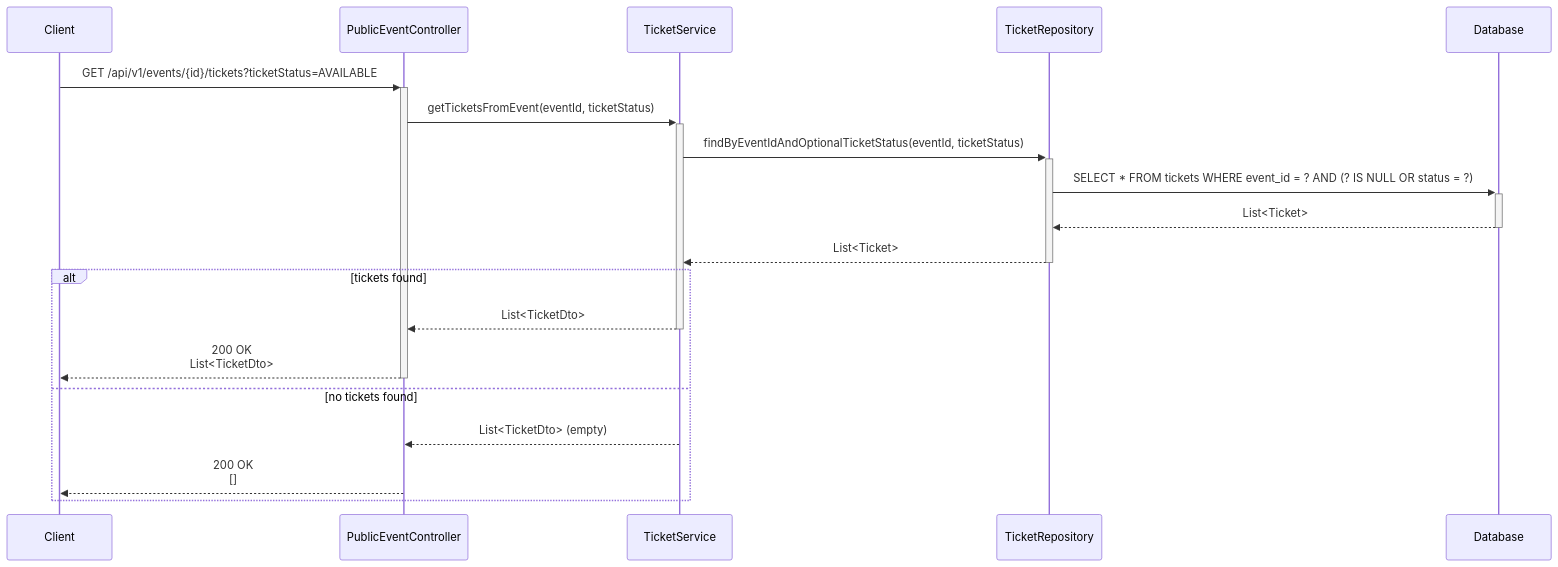
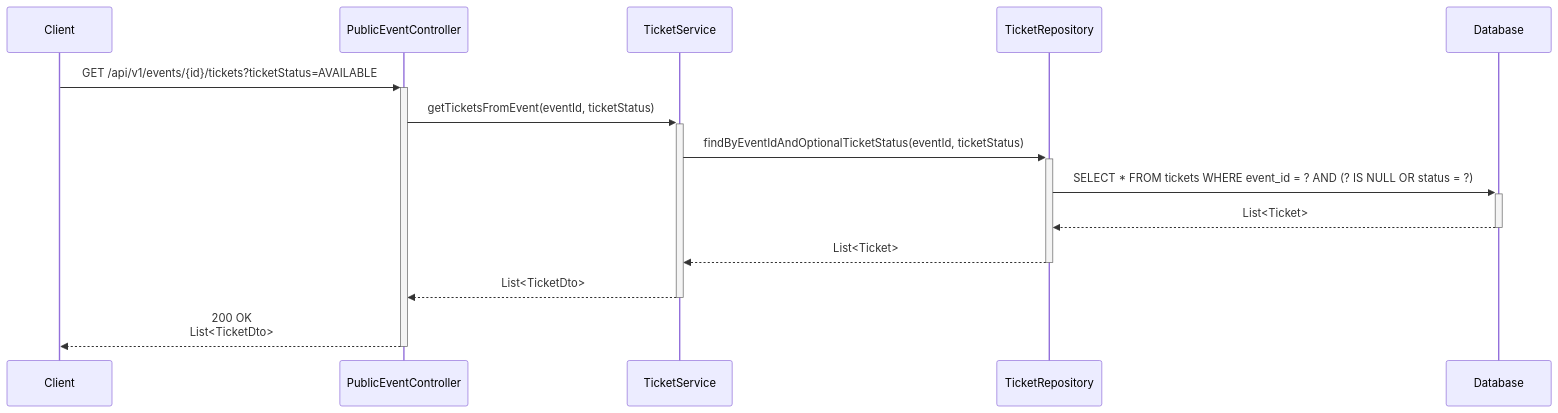
The diagram in docs/diagrams/get-event-tickets-sequence.mmd (s-lusito/TicketBlock-Ing_Sw), drawn with Mermaid before and after one commit. The commit also changed 1 other file, not shown here.

Commit message:
Fix misleading else blocks in list endpoints - empty lists are success cases

```diff
--- a/docs/diagrams/get-event-tickets-sequence.mmd
+++ b/docs/diagrams/get-event-tickets-sequence.mmd
@@ -1,21 +1,15 @@
 sequenceDiagram
     participant Client
     participant PublicEventController
     participant TicketService
     participant TicketRepository
     participant Database
 
     Client->>+PublicEventController: GET /api/v1/events/{id}/tickets?ticketStatus=AVAILABLE
     PublicEventController->>+TicketService: getTicketsFromEvent(eventId, ticketStatus)
     TicketService->>+TicketRepository: findByEventIdAndOptionalTicketStatus(eventId, ticketStatus)
     TicketRepository->>+Database: SELECT * FROM tickets WHERE event_id = ? AND (? IS NULL OR status = ?)
     Database-->>-TicketRepository: List<Ticket>
     TicketRepository-->>-TicketService: List<Ticket>
-    
-    alt tickets found
-        TicketService-->>-PublicEventController: List<TicketDto>
-        PublicEventController-->>-Client: 200 OK<br/>List<TicketDto>
-    else no tickets found
-        TicketService-->>PublicEventController: List<TicketDto> (empty)
-        PublicEventController-->>Client: 200 OK<br/>[]
-    end
+    TicketService-->>-PublicEventController: List<TicketDto>
+    PublicEventController-->>-Client: 200 OK<br/>List<TicketDto>
```
